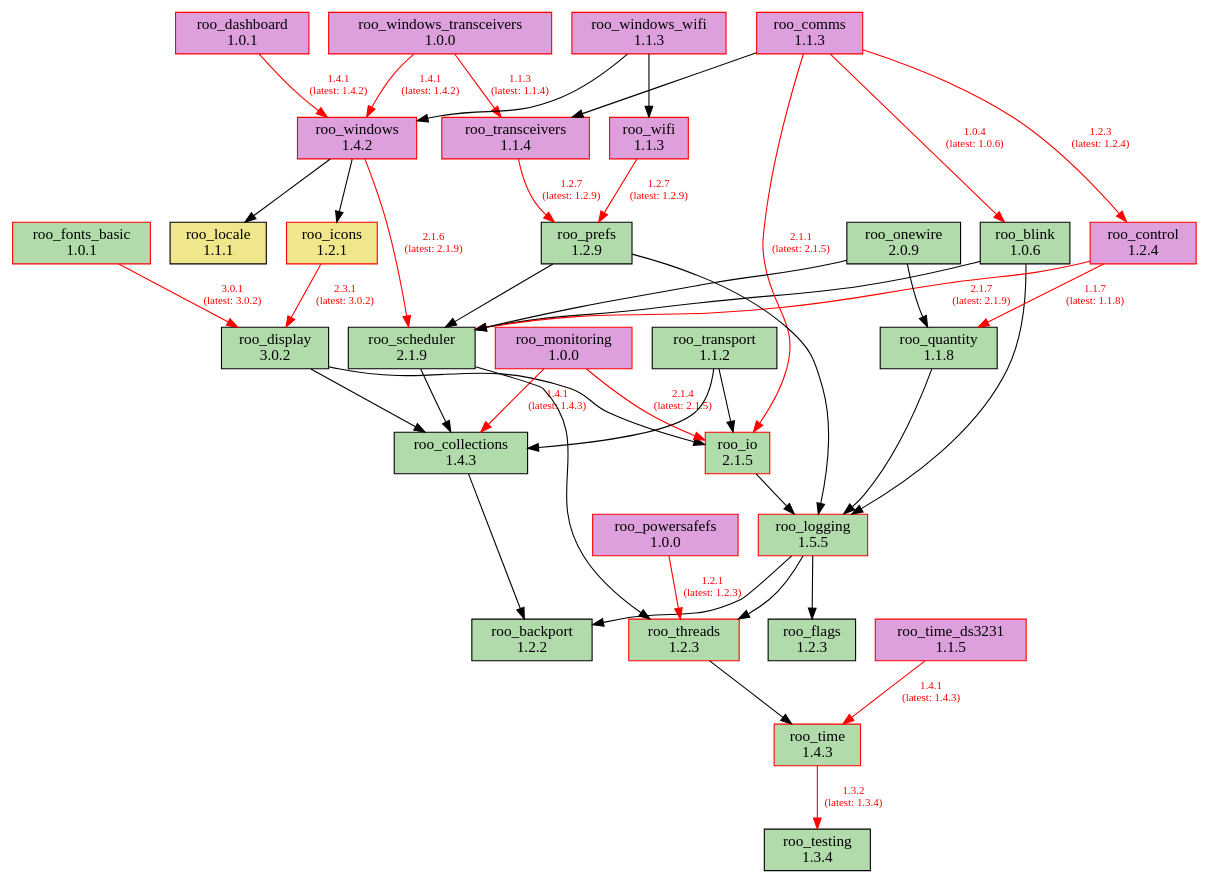
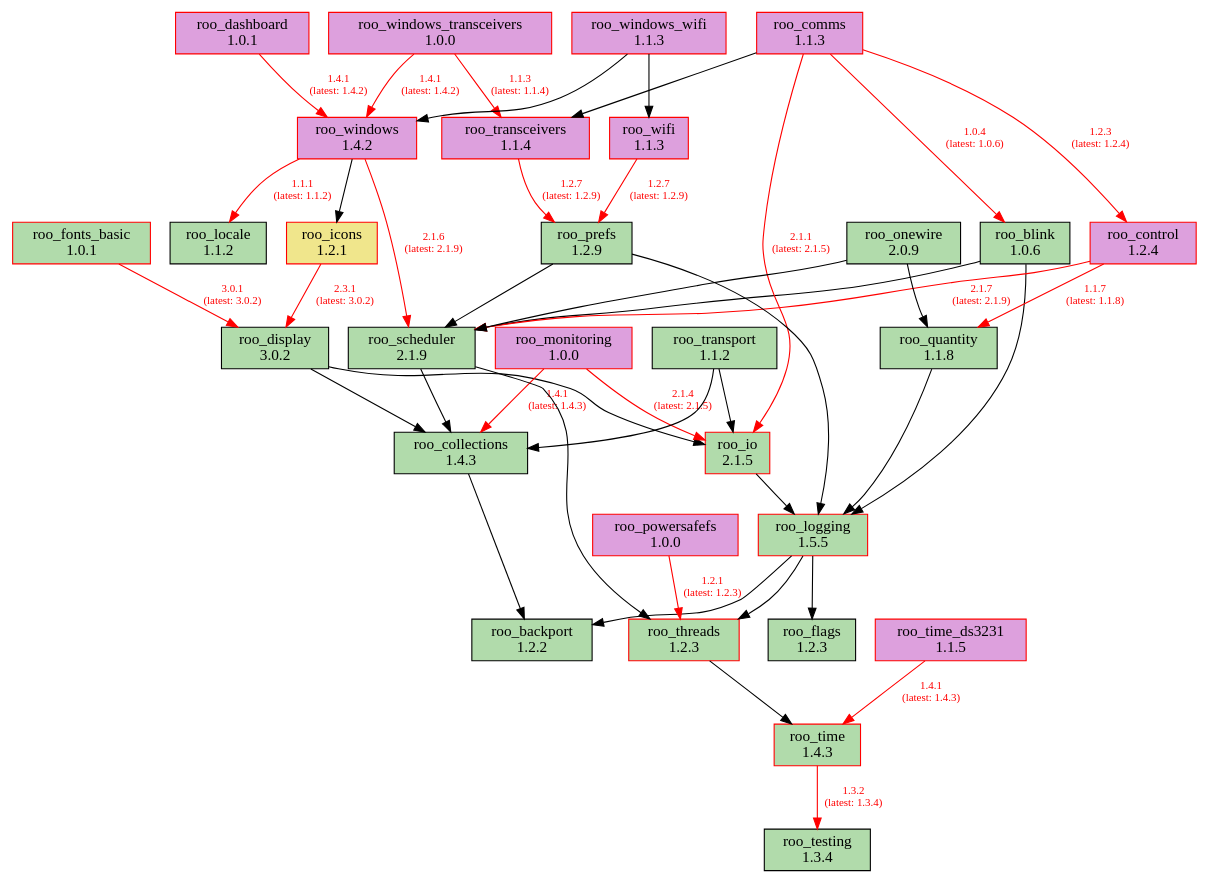
One commit to dejwk/roo-registry changed the diagram in doc/dependencies.dot. Above: the diagram before and after it, drawn with Graphviz. The commit also changed 3 other files, not shown here.

Commit message:
Added roo_locale 1.1.2 to the registry.

```diff
--- a/doc/dependencies.dot
+++ b/doc/dependencies.dot
@@ -1,80 +1,80 @@
 digraph dependencies {
     rankdir=TB;
     node [shape=box, style=filled];
     edge [fontsize=10];
 
     // Modules
     "roo_backport" [label="roo_backport\n1.2.2", fillcolor="#b1dbab", color="black"];
     "roo_blink" [label="roo_blink\n1.0.6", fillcolor="#b1dbab", color="black"];
     "roo_collections" [label="roo_collections\n1.4.3", fillcolor="#b1dbab", color="black"];
     "roo_comms" [label="roo_comms\n1.1.3", fillcolor="plum", color="red"];
     "roo_control" [label="roo_control\n1.2.4", fillcolor="plum", color="red"];
     "roo_dashboard" [label="roo_dashboard\n1.0.1", fillcolor="plum", color="red"];
     "roo_display" [label="roo_display\n3.0.2", fillcolor="#b1dbab", color="black"];
     "roo_flags" [label="roo_flags\n1.2.3", fillcolor="#b1dbab", color="black"];
     "roo_fonts_basic" [label="roo_fonts_basic\n1.0.1", fillcolor="#b1dbab", color="red"];
     "roo_icons" [label="roo_icons\n1.2.1", fillcolor="khaki", color="red"];
     "roo_io" [label="roo_io\n2.1.5", fillcolor="#b1dbab", color="red"];
-    "roo_locale" [label="roo_locale\n1.1.1", fillcolor="khaki", color="black"];
+    "roo_locale" [label="roo_locale\n1.1.2", fillcolor="#b1dbab", color="black"];
     "roo_logging" [label="roo_logging\n1.5.5", fillcolor="#b1dbab", color="red"];
     "roo_monitoring" [label="roo_monitoring\n1.0.0", fillcolor="plum", color="red"];
     "roo_onewire" [label="roo_onewire\n2.0.9", fillcolor="#b1dbab", color="black"];
     "roo_powersafefs" [label="roo_powersafefs\n1.0.0", fillcolor="plum", color="red"];
     "roo_prefs" [label="roo_prefs\n1.2.9", fillcolor="#b1dbab", color="black"];
     "roo_quantity" [label="roo_quantity\n1.1.8", fillcolor="#b1dbab", color="black"];
     "roo_scheduler" [label="roo_scheduler\n2.1.9", fillcolor="#b1dbab", color="black"];
     "roo_testing" [label="roo_testing\n1.3.4", fillcolor="#b1dbab", color="black"];
     "roo_threads" [label="roo_threads\n1.2.3", fillcolor="#b1dbab", color="red"];
     "roo_time" [label="roo_time\n1.4.3", fillcolor="#b1dbab", color="red"];
     "roo_time_ds3231" [label="roo_time_ds3231\n1.1.5", fillcolor="plum", color="red"];
     "roo_transceivers" [label="roo_transceivers\n1.1.4", fillcolor="plum", color="red"];
     "roo_transport" [label="roo_transport\n1.1.2", fillcolor="#b1dbab", color="black"];
     "roo_wifi" [label="roo_wifi\n1.1.3", fillcolor="plum", color="red"];
     "roo_windows" [label="roo_windows\n1.4.2", fillcolor="plum", color="red"];
     "roo_windows_transceivers" [label="roo_windows_transceivers\n1.0.0", fillcolor="plum", color="red"];
     "roo_windows_wifi" [label="roo_windows_wifi\n1.1.3", fillcolor="plum", color="red"];
 
     // Dependencies
     "roo_blink" -> "roo_logging";
     "roo_blink" -> "roo_scheduler";
     "roo_collections" -> "roo_backport";
     "roo_comms" -> "roo_blink" [color=red, fontcolor=red, label="1.0.4\n(latest: 1.0.6)"];
     "roo_comms" -> "roo_control" [color=red, fontcolor=red, label="1.2.3\n(latest: 1.2.4)"];
     "roo_comms" -> "roo_io" [color=red, fontcolor=red, label="2.1.1\n(latest: 2.1.5)"];
     "roo_comms" -> "roo_transceivers";
     "roo_control" -> "roo_quantity" [color=red, fontcolor=red, label="1.1.7\n(latest: 1.1.8)"];
     "roo_control" -> "roo_scheduler" [color=red, fontcolor=red, label="2.1.7\n(latest: 2.1.9)"];
     "roo_dashboard" -> "roo_windows" [color=red, fontcolor=red, label="1.4.1\n(latest: 1.4.2)"];
     "roo_display" -> "roo_collections";
     "roo_display" -> "roo_io";
     "roo_fonts_basic" -> "roo_display" [color=red, fontcolor=red, label="3.0.1\n(latest: 3.0.2)"];
     "roo_icons" -> "roo_display" [color=red, fontcolor=red, label="2.3.1\n(latest: 3.0.2)"];
     "roo_io" -> "roo_logging";
     "roo_logging" -> "roo_backport";
     "roo_logging" -> "roo_flags";
     "roo_logging" -> "roo_threads";
     "roo_monitoring" -> "roo_collections" [color=red, fontcolor=red, label="1.4.1\n(latest: 1.4.3)"];
     "roo_monitoring" -> "roo_io" [color=red, fontcolor=red, label="2.1.4\n(latest: 2.1.5)"];
     "roo_onewire" -> "roo_scheduler";
     "roo_onewire" -> "roo_quantity";
     "roo_powersafefs" -> "roo_threads" [color=red, fontcolor=red, label="1.2.1\n(latest: 1.2.3)"];
     "roo_prefs" -> "roo_logging";
     "roo_prefs" -> "roo_scheduler";
     "roo_quantity" -> "roo_logging";
     "roo_scheduler" -> "roo_collections";
     "roo_scheduler" -> "roo_threads";
     "roo_threads" -> "roo_time";
     "roo_time" -> "roo_testing" [color=red, fontcolor=red, label="1.3.2\n(latest: 1.3.4)"];
     "roo_time_ds3231" -> "roo_time" [color=red, fontcolor=red, label="1.4.1\n(latest: 1.4.3)"];
     "roo_transceivers" -> "roo_prefs" [color=red, fontcolor=red, label="1.2.7\n(latest: 1.2.9)"];
     "roo_transport" -> "roo_collections";
     "roo_transport" -> "roo_io";
     "roo_wifi" -> "roo_prefs" [color=red, fontcolor=red, label="1.2.7\n(latest: 1.2.9)"];
-    "roo_windows" -> "roo_locale";
+    "roo_windows" -> "roo_locale" [color=red, fontcolor=red, label="1.1.1\n(latest: 1.1.2)"];
     "roo_windows" -> "roo_icons";
     "roo_windows" -> "roo_scheduler" [color=red, fontcolor=red, label="2.1.6\n(latest: 2.1.9)"];
     "roo_windows_transceivers" -> "roo_transceivers" [color=red, fontcolor=red, label="1.1.3\n(latest: 1.1.4)"];
     "roo_windows_transceivers" -> "roo_windows" [color=red, fontcolor=red, label="1.4.1\n(latest: 1.4.2)"];
     "roo_windows_wifi" -> "roo_wifi";
     "roo_windows_wifi" -> "roo_windows";
 }
```
